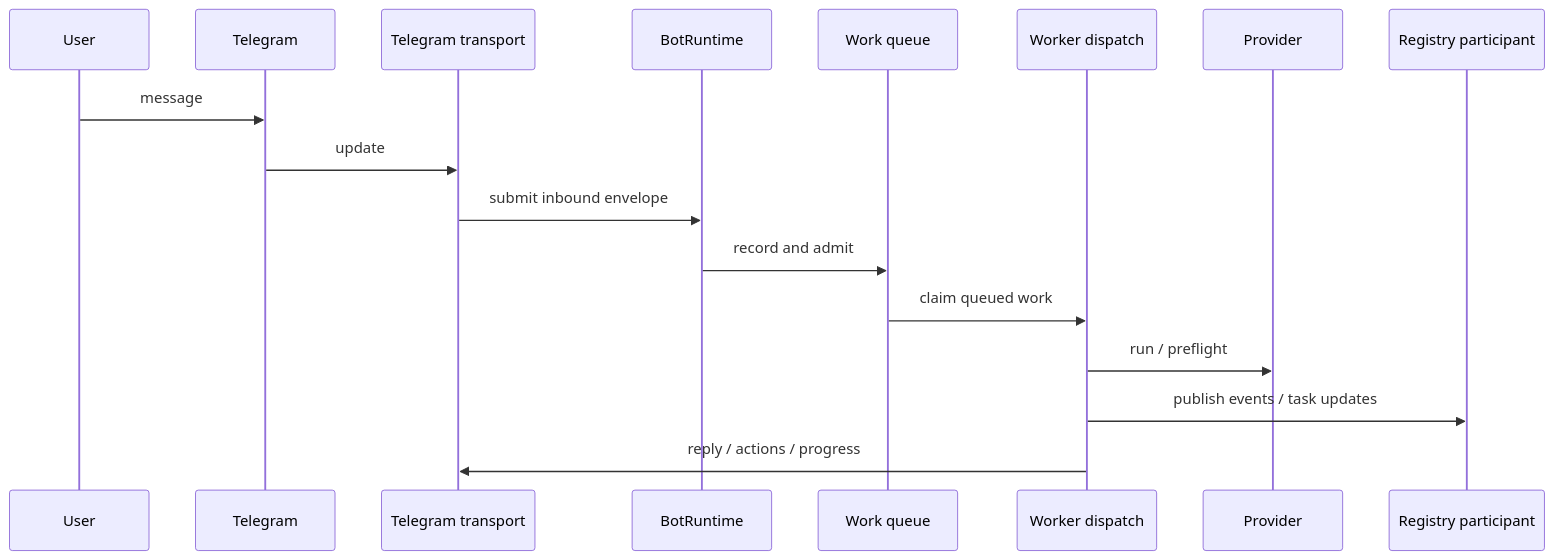
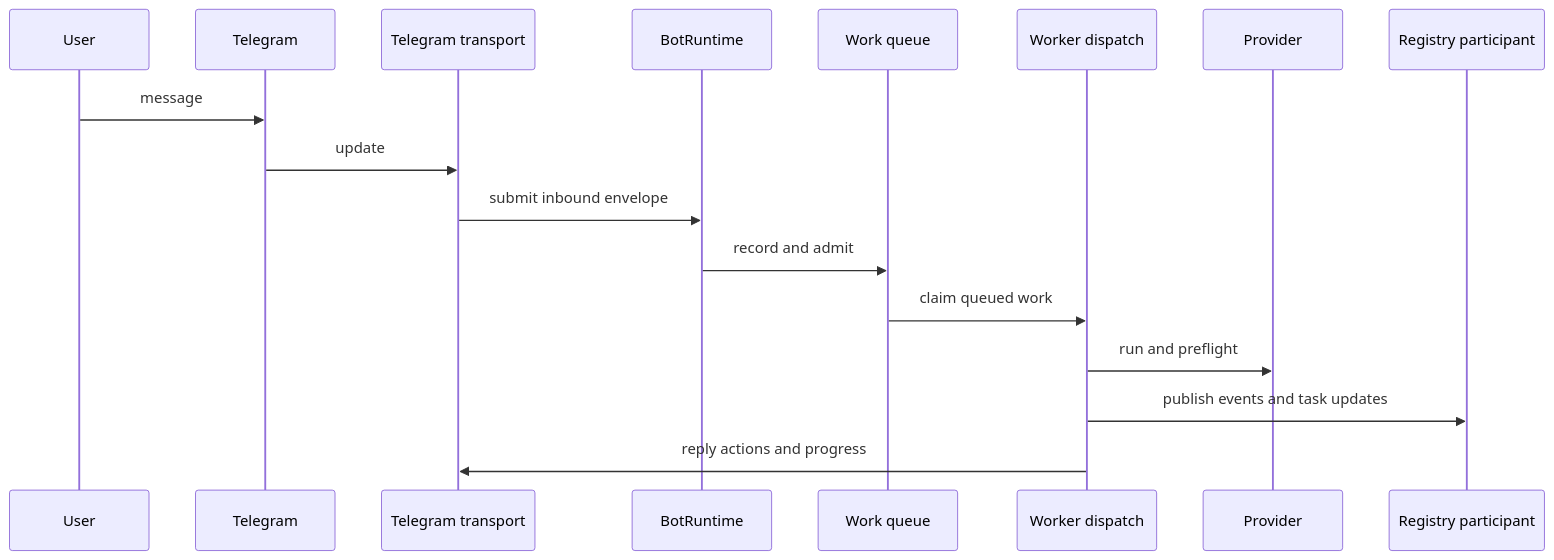
Before and after one commit to privacynow/octopus: the sixth of 8 diagrams in ARCHITECTURE.md, drawn with Mermaid. The commit also changed other lines of this file, not shown here.

Commit message:
Fix architecture diagrams

````diff
--- a/ARCHITECTURE.md
+++ b/ARCHITECTURE.md
@@ -525,20 +544,20 @@
 ```mermaid
 sequenceDiagram
     participant U as User
     participant T as Telegram
     participant TT as Telegram transport
     participant BR as BotRuntime
     participant WQ as Work queue
     participant WD as Worker dispatch
     participant P as Provider
     participant RP as Registry participant
 
     U->>T: message
     T->>TT: update
     TT->>BR: submit inbound envelope
     BR->>WQ: record and admit
     WQ->>WD: claim queued work
-    WD->>P: run / preflight
-    WD->>RP: publish events / task updates
-    WD->>TT: reply / actions / progress
+    WD->>P: run and preflight
+    WD->>RP: publish events and task updates
+    WD->>TT: reply actions and progress
 ```
````
